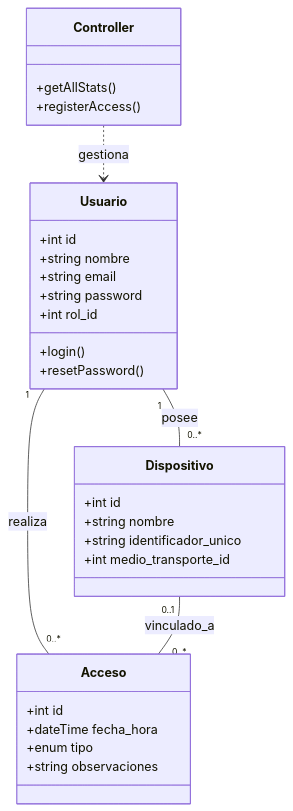
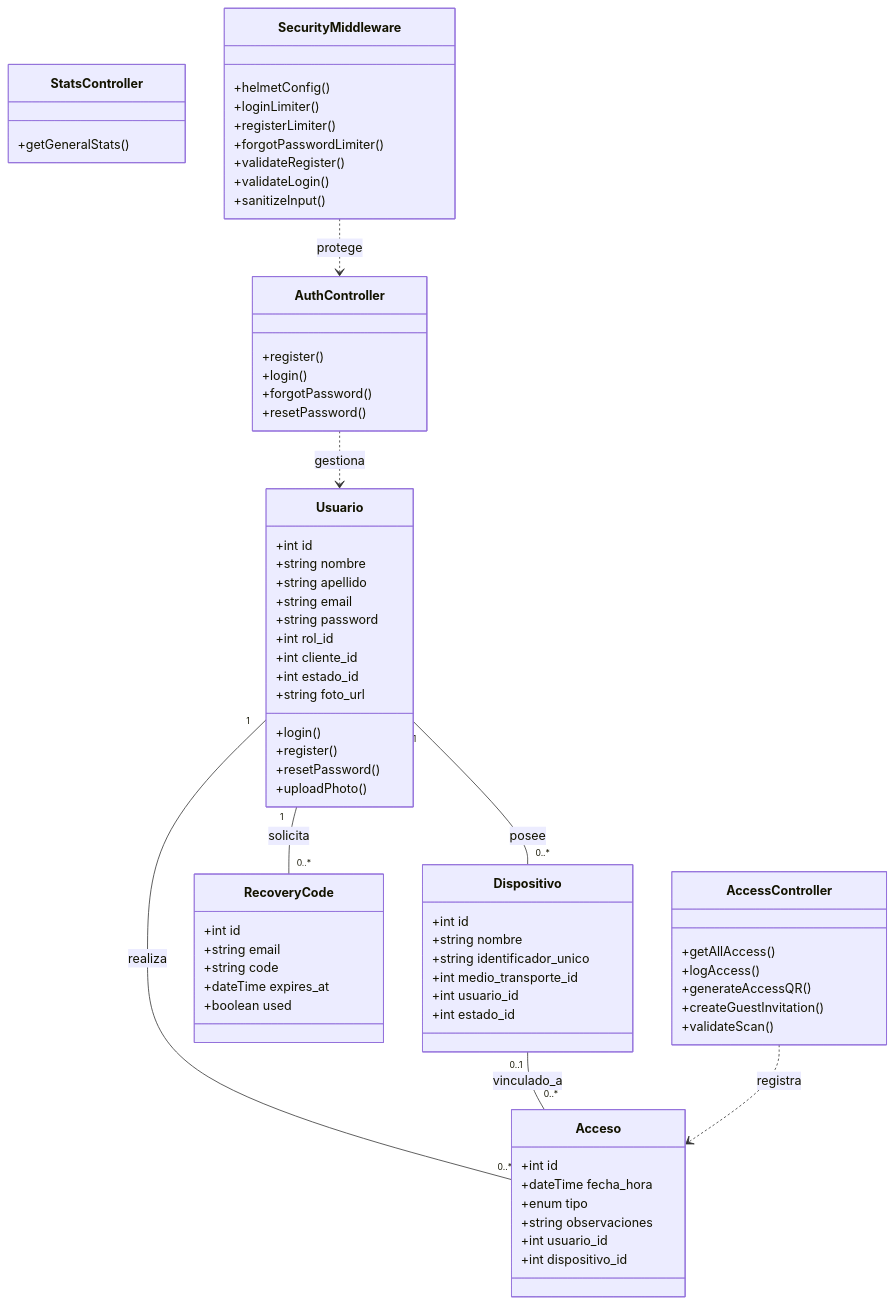
Before and after one commit to islanys31/Passly: the second of 5 diagrams in docs/02_DIAGRAMAS_SISTEMA.md, drawn with Mermaid. The commit also changed other lines of this file and 13 other files, not shown here.

````diff
--- a/docs/02_DIAGRAMAS_SISTEMA.md
+++ b/docs/02_DIAGRAMAS_SISTEMA.md
@@ -33,33 +44,74 @@
 ```mermaid
 classDiagram
     class Usuario {
         +int id
         +string nombre
+        +string apellido
         +string email
         +string password
         +int rol_id
+        +int cliente_id
+        +int estado_id
+        +string foto_url
         +login()
+        +register()
         +resetPassword()
+        +uploadPhoto()
     }
     class Dispositivo {
         +int id
         +string nombre
         +string identificador_unico
         +int medio_transporte_id
+        +int usuario_id
+        +int estado_id
     }
     class Acceso {
         +int id
         +dateTime fecha_hora
         +enum tipo
         +string observaciones
+        +int usuario_id
+        +int dispositivo_id
     }
-    class Controller {
-        +getAllStats()
-        +registerAccess()
+    class RecoveryCode {
+        +int id
+        +string email
+        +string code
+        +dateTime expires_at
+        +boolean used
+    }
+    class AuthController {
+        +register()
+        +login()
+        +forgotPassword()
+        +resetPassword()
+    }
+    class AccessController {
+        +getAllAccess()
+        +logAccess()
+        +generateAccessQR()
+        +createGuestInvitation()
+        +validateScan()
+    }
+    class StatsController {
+        +getGeneralStats()
+    }
+    class SecurityMiddleware {
+        +helmetConfig()
+        +loginLimiter()
+        +registerLimiter()
+        +forgotPasswordLimiter()
+        +validateRegister()
+        +validateLogin()
+        +sanitizeInput()
     }
 
     Usuario "1" -- "0..*" Dispositivo : posee
     Usuario "1" -- "0..*" Acceso : realiza
     Dispositivo "0..1" -- "0..*" Acceso : vinculado_a
-    Controller ..> Usuario : gestiona
+    Usuario "1" -- "0..*" RecoveryCode : solicita
+    AuthController ..> Usuario : gestiona
+    AccessController ..> Acceso : registra
+    SecurityMiddleware ..> AuthController : protege
 ```
````
